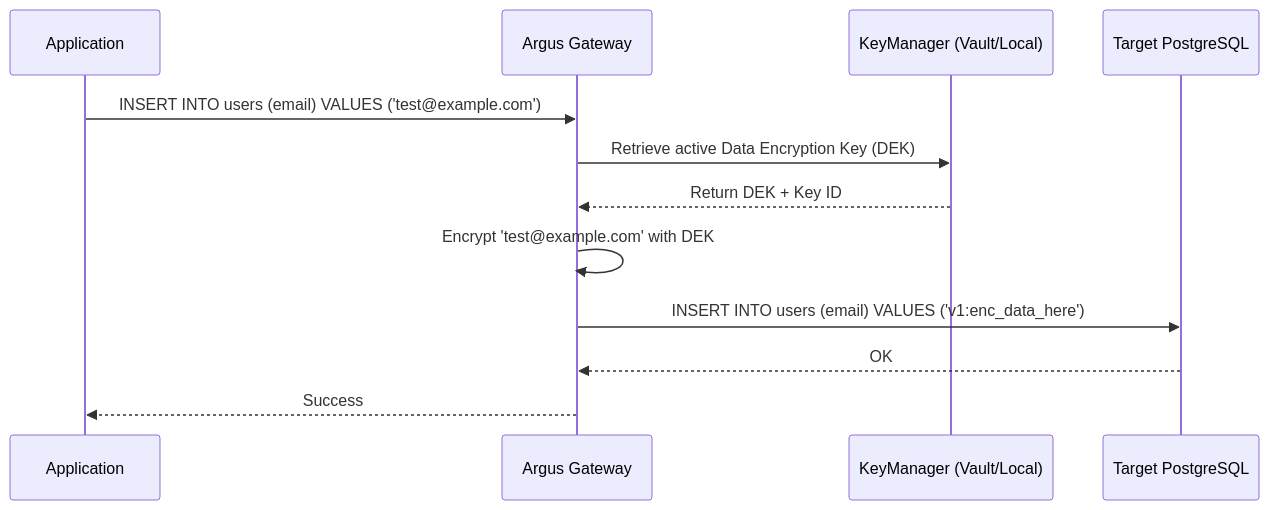
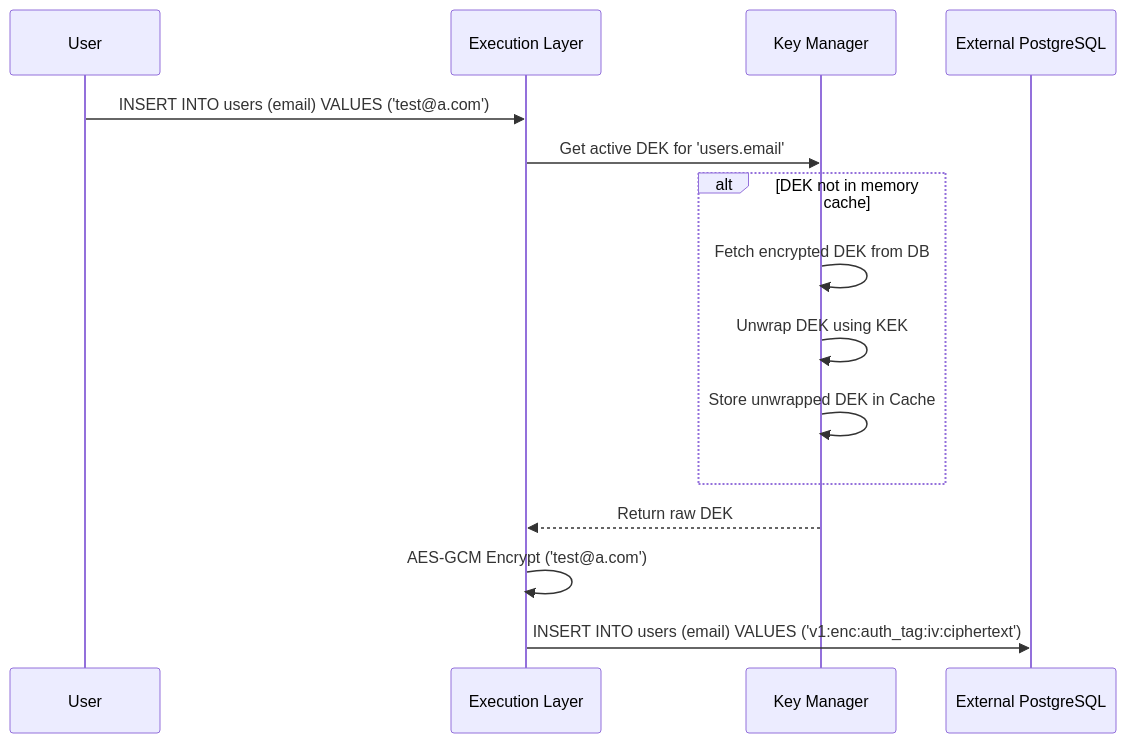
One commit to mmaroof487/SIQG changed the first of 3 diagrams in docs/ENCRYPTION.md. Above: the diagram before and after it, drawn with Mermaid. The commit also changed other lines of this file and 3 other files, not shown here.

Commit message:
docs: restructure README and expand API, Encryption and ER models

````diff
--- a/docs/ENCRYPTION.md
+++ b/docs/ENCRYPTION.md
@@ -7,15 +23,20 @@
 ```mermaid
 sequenceDiagram
-    participant App as Application
-    participant Argus as Argus Gateway
-    participant KMS as KeyManager (Vault/Local)
-    participant DB as Target PostgreSQL
-
-    App->>Argus: INSERT INTO users (email) VALUES ('test@example.com')
-    Argus->>KMS: Retrieve active Data Encryption Key (DEK)
-    KMS-->>Argus: Return DEK + Key ID
-    Argus->>Argus: Encrypt 'test@example.com' with DEK
-    Argus->>DB: INSERT INTO users (email) VALUES ('v1:enc_data_here')
-    DB-->>Argus: OK
-    Argus-->>App: Success
+    participant User
+    participant Exec as Execution Layer
+    participant KMS as Key Manager
+    participant DB as External PostgreSQL
+    
+    User->>Exec: INSERT INTO users (email) VALUES ('test@a.com')
+    Exec->>KMS: Get active DEK for 'users.email'
+    
+    alt DEK not in memory cache
+        KMS->>KMS: Fetch encrypted DEK from DB
+        KMS->>KMS: Unwrap DEK using KEK
+        KMS->>KMS: Store unwrapped DEK in Cache
+    end
+    
+    KMS-->>Exec: Return raw DEK
+    Exec->>Exec: AES-GCM Encrypt ('test@a.com')
+    Exec->>DB: INSERT INTO users (email) VALUES ('v1:enc:auth_tag:iv:ciphertext')
 ```
````
